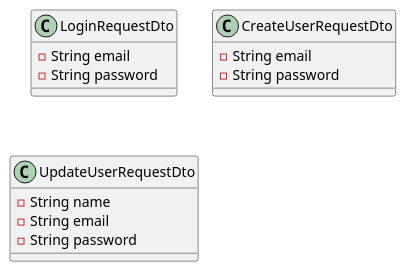
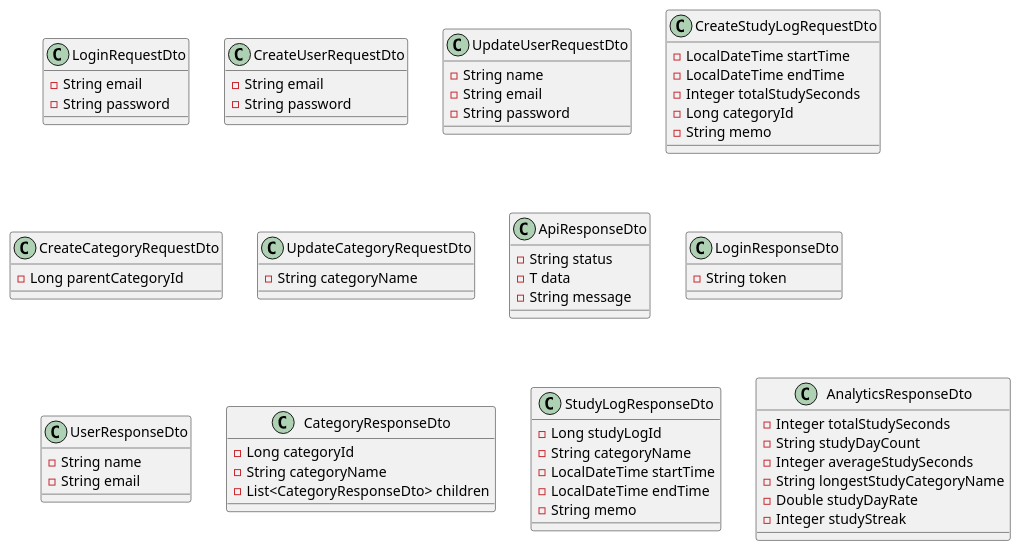
Before and after one commit to ShumpeiKawamura37/portfolio-study-management-app: the diagram in backend/study-management-app/docs/uml/code/class/class-dto.puml, drawn with PlantUML. The commit also changed 4 other files, not shown here.

Commit message:
docs: クラス図とシーケンス図を実装中

```diff
--- a/backend/study-management-app/docs/uml/code/class/class-dto.puml
+++ b/backend/study-management-app/docs/uml/code/class/class-dto.puml
@@ -1,18 +1,70 @@
 @startuml
 class LoginRequestDto {
   - String email
   - String password
 }
 
 class CreateUserRequestDto {
   - String email
   - String password
 }
 
 class UpdateUserRequestDto {
   - String name
   - String email
   - String password
 }
 
+class CreateStudyLogRequestDto {
+  - LocalDateTime startTime
+  - LocalDateTime endTime
+  - Integer totalStudySeconds
+  - Long categoryId
+  - String memo
+}
+
+class CreateCategoryRequestDto {
+  - Long parentCategoryId
+}
+
+class UpdateCategoryRequestDto {
+  - String categoryName
+}
+
+class ApiResponseDto {
+  - String status
+  - T data
+  - String message
+}
+
+class LoginResponseDto {
+  - String token
+}
+
+class UserResponseDto {
+  - String name
+  - String email
+}
+class CategoryResponseDto {
+  - Long categoryId
+  - String categoryName
+  - List<CategoryResponseDto> children
+}
+
+class StudyLogResponseDto {
+  - Long studyLogId
+  - String categoryName
+  - LocalDateTime startTime
+  - LocalDateTime endTime
+  - String memo
+}
+
+class AnalyticsResponseDto {
+  - Integer totalStudySeconds
+  - String studyDayCount
+  - Integer averageStudySeconds
+  - String longestStudyCategoryName
+  - Double studyDayRate
+  - Integer studyStreak
+}
 @enduml
```
